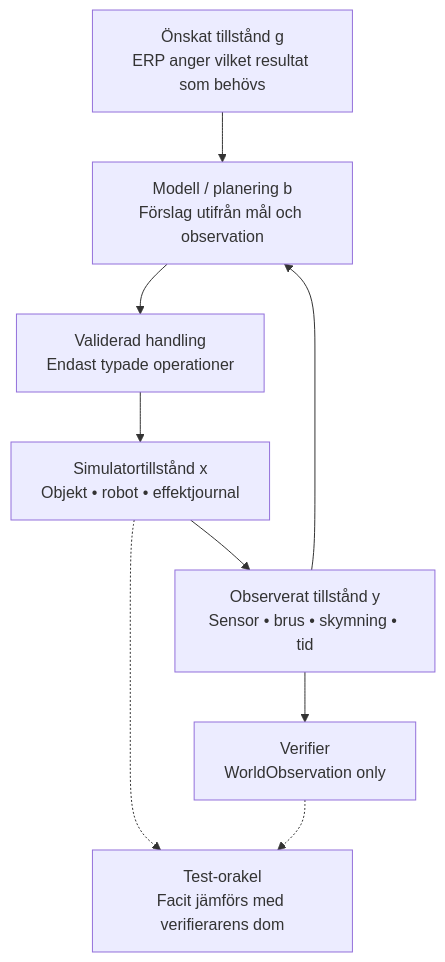
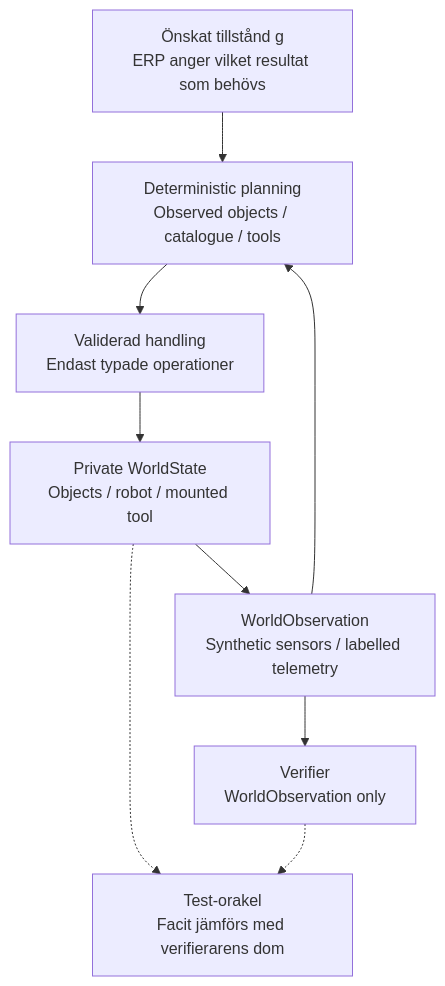
Before and after one commit to raal1600/SICS-RobotOps-Twin-E2E-Warehouse-Robotics-Integration-Simulator: the diagram in sources/diagrams/worlds.mmd, drawn with Mermaid. The commit also changed 209 other files, not shown here.

```diff
--- a/sources/diagrams/worlds.mmd
+++ b/sources/diagrams/worlds.mmd
@@ -1,16 +1,16 @@
 flowchart TD
   goal["Önskat tillstånd g<br/>ERP anger vilket resultat som behövs"]
-  truth["Simulatortillstånd x<br/>Objekt • robot • effektjournal"]
-  brain["Modell / planering b<br/>Förslag utifrån mål och observation"]
-  obs["Observerat tillstånd y<br/>Sensor • brus • skymning • tid"]
+  truth["Private WorldState<br/>Objects / robot / mounted tool"]
+  brain["Deterministic planning<br/>Observed objects / catalogue / tools"]
+  obs["WorldObservation<br/>Synthetic sensors / labelled telemetry"]
   action["Validerad handling<br/>Endast typade operationer"]
   oracle["Test-orakel<br/>Facit jämförs med verifierarens dom"]
   verify["Verifier<br/>WorldObservation only"]
   goal --> brain
   truth --> obs
   obs --> brain
   brain --> action
   action --> truth
   truth -.-> oracle
   obs --> verify
   verify -.-> oracle
```
